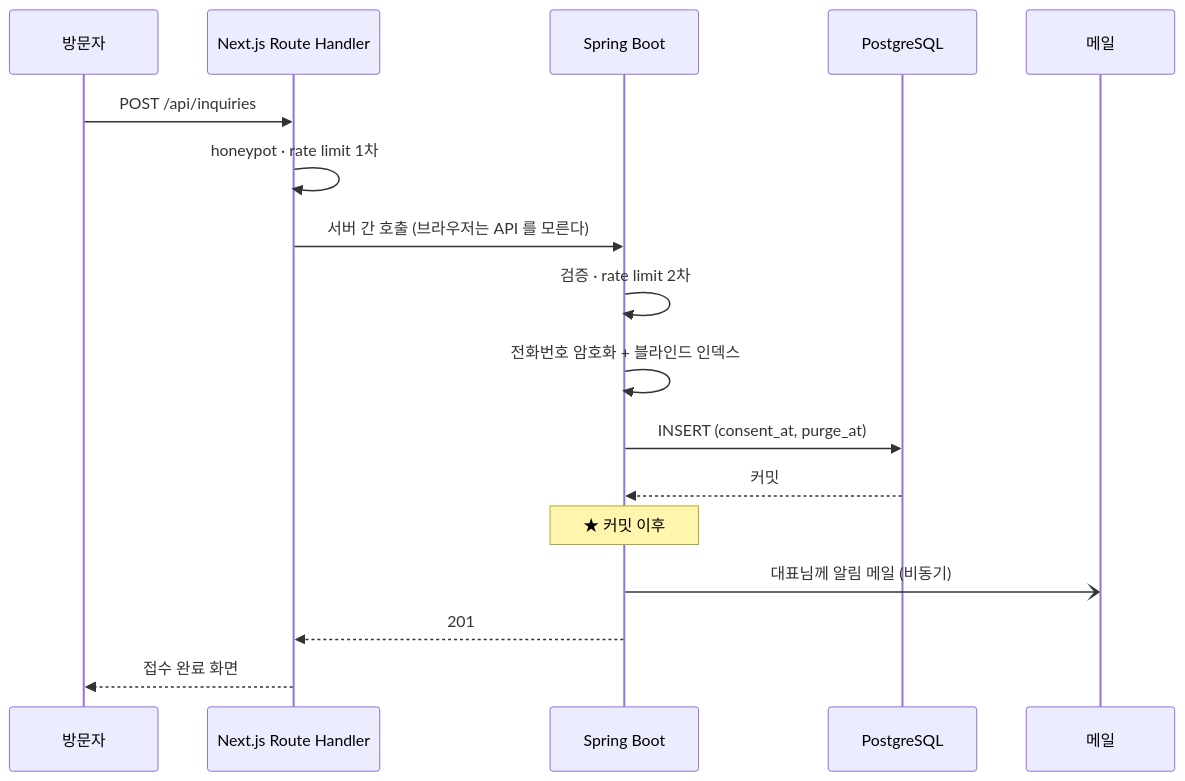
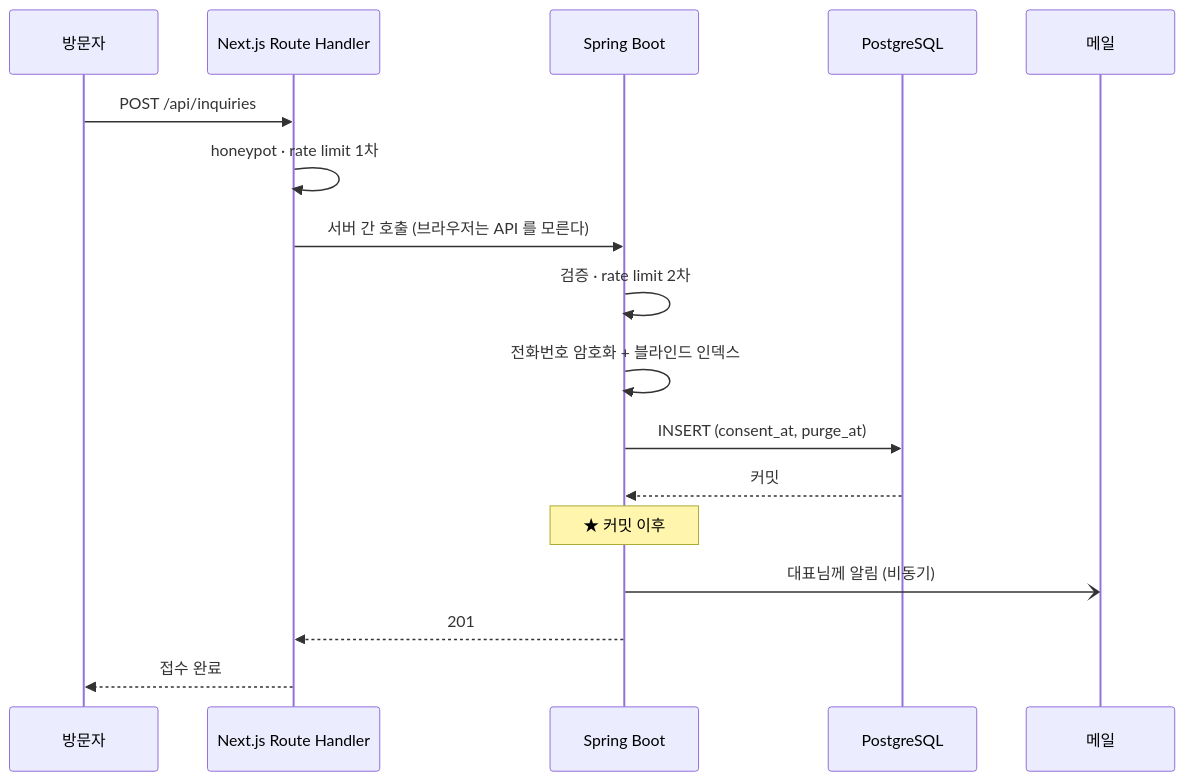
Before and after one commit to gymleco/.github: the third of 4 diagrams in docs/04-screens.md, drawn with Mermaid. The commit also changed other lines of this file and 11 other files, not shown here.

````diff
--- a/docs/04-screens.md
+++ b/docs/04-screens.md
@@ -151,20 +381,20 @@
 ```mermaid
 sequenceDiagram
     participant U as 방문자
     participant N as Next.js Route Handler
     participant API as Spring Boot
     participant DB as PostgreSQL
     participant M as 메일
 
     U->>N: POST /api/inquiries
     N->>N: honeypot · rate limit 1차
     N->>API: 서버 간 호출 (브라우저는 API 를 모른다)
     API->>API: 검증 · rate limit 2차
     API->>API: 전화번호 암호화 + 블라인드 인덱스
     API->>DB: INSERT (consent_at, purge_at)
     DB-->>API: 커밋
     Note over API: ★ 커밋 이후
-    API-)M: 대표님께 알림 메일 (비동기)
+    API-)M: 대표님께 알림 (비동기)
     API-->>N: 201
-    N-->>U: 접수 완료 화면
+    N-->>U: 접수 완료
 ```
````
